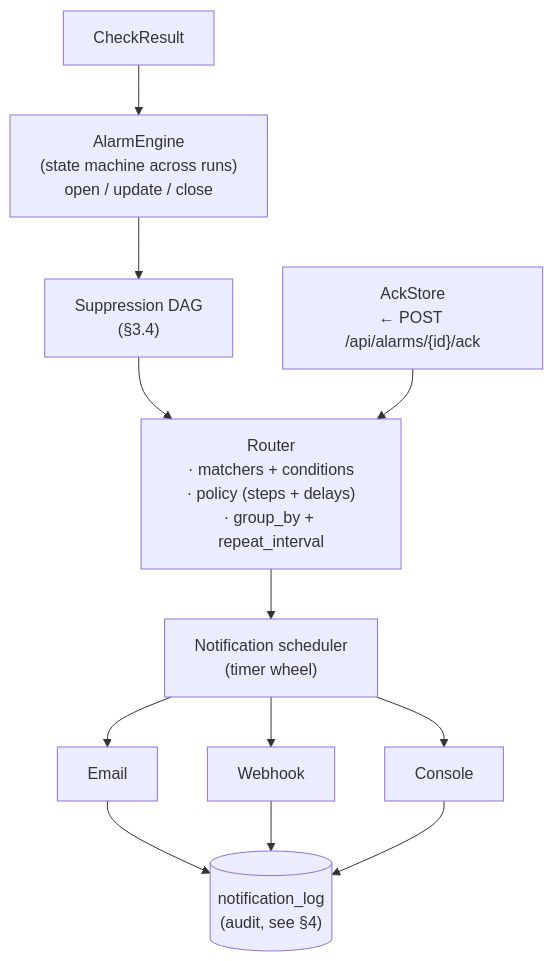
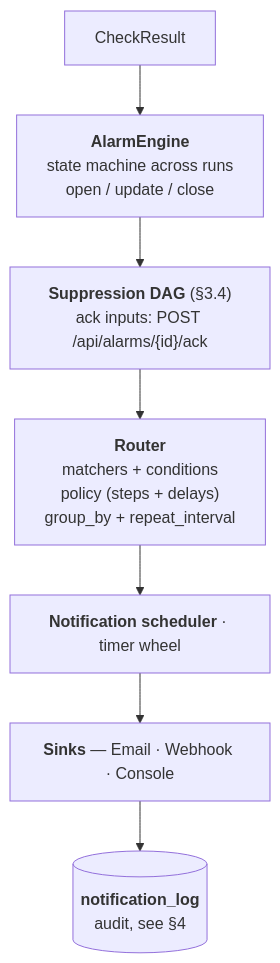
Before and after one commit to jkmesches/AQPI-Sentinel: the third of 5 diagrams in docs/radarca-implementation-plan.md, drawn with Mermaid. The commit also changed other lines of this file and 7 other files, not shown here.

````diff
--- a/docs/radarca-implementation-plan.md
+++ b/docs/radarca-implementation-plan.md
@@ -803,23 +797,12 @@
 ```mermaid
 flowchart TB
     result["CheckResult"]
-    engine["AlarmEngine<br/>(state machine across runs)<br/>open / update / close"]
-    suppress["Suppression DAG<br/>(§3.4)"]
-    ack["AckStore<br/>← POST /api/alarms/{id}/ack"]
-    router["Router<br/>· matchers + conditions<br/>· policy (steps + delays)<br/>· group_by + repeat_interval"]
-    scheduler["Notification scheduler<br/>(timer wheel)"]
-    email["Email"]
-    webhook["Webhook"]
-    console["Console"]
-    log[("notification_log<br/>(audit, see §4)")]
+    engine["<b>AlarmEngine</b><br/>state machine across runs<br/>open / update / close"]
+    suppress["<b>Suppression DAG</b> (§3.4)<br/>ack inputs: POST /api/alarms/{id}/ack"]
+    router["<b>Router</b><br/>matchers + conditions<br/>policy (steps + delays)<br/>group_by + repeat_interval"]
+    scheduler["<b>Notification scheduler</b> · timer wheel"]
+    sinks["<b>Sinks</b> — Email · Webhook · Console"]
+    log[("<b>notification_log</b><br/>audit, see §4")]
 
-    result --> engine
-    engine --> suppress
-    suppress --> router
-    ack --> router
-    router --> scheduler
-    scheduler --> email & webhook & console
-    email --> log
-    webhook --> log
-    console --> log
+    result --> engine --> suppress --> router --> scheduler --> sinks --> log
 ```
````
